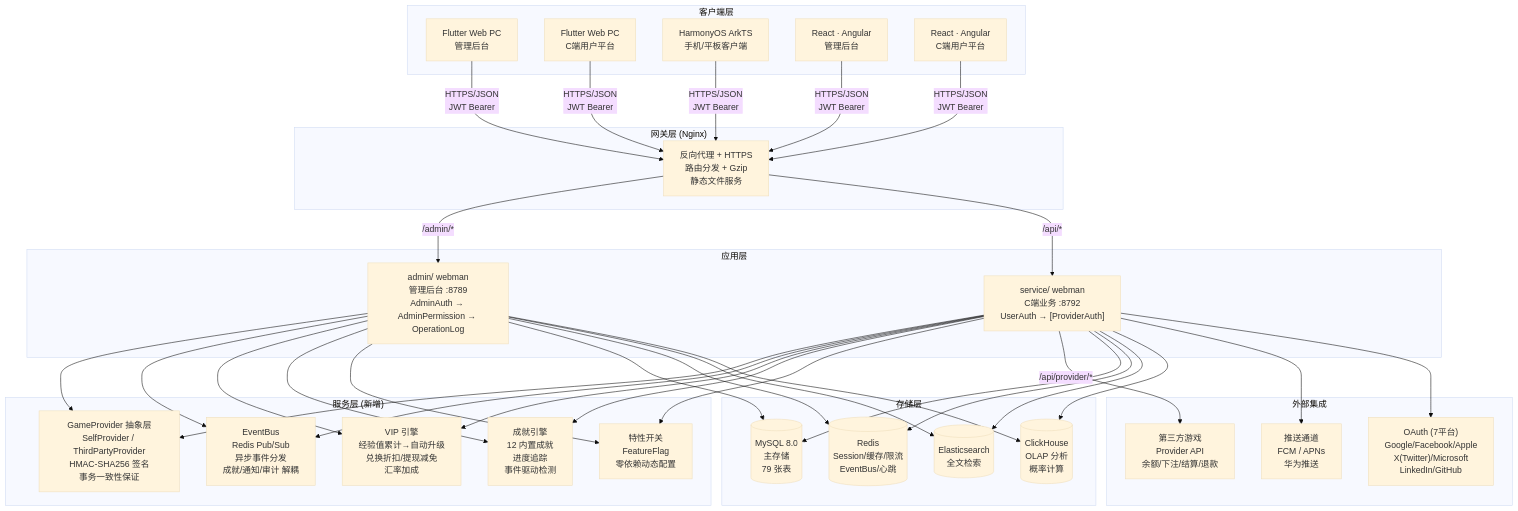
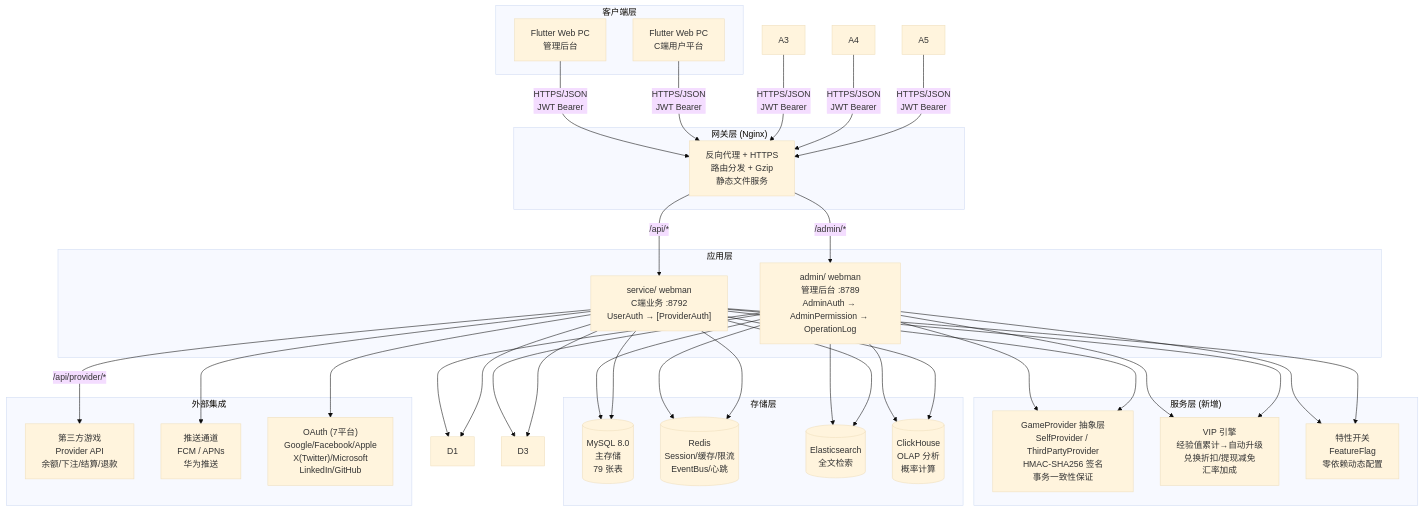
The first of 2 diagrams in docs/ARCHITECTURE.md (erikwang2013/game-platform-php), drawn with Mermaid (base theme) before and after one commit. The commit also changed other lines of this file and 591 other files, not shown here.

Commit message:
文档：仅保留中英文 README，清理已移除功能与过时图片

````diff
--- a/docs/ARCHITECTURE.md
+++ b/docs/ARCHITECTURE.md
@@ -11,48 +11,43 @@
 ```mermaid
 flowchart TB
     subgraph "客户端层"
         A1["Flutter Web PC<br/>管理后台"]
         A2["Flutter Web PC<br/>C端用户平台"]
-        A3["HarmonyOS ArkTS<br/>手机/平板客户端"]
-        A4["React · Angular<br/>管理后台"]
-        A5["React · Angular<br/>C端用户平台"]
     end
 
     subgraph "网关层 (Nginx)"
         B1["反向代理 + HTTPS<br/>路由分发 + Gzip<br/>静态文件服务"]
     end
 
     subgraph "应用层"
         C1["admin/ webman<br/>管理后台 :8789<br/>AdminAuth → AdminPermission → OperationLog"]
         C2["service/ webman<br/>C端业务 :8792<br/>UserAuth → [ProviderAuth]"]
     end
 
     subgraph "服务层 (新增)"
         D0["GameProvider 抽象层<br/>SelfProvider / ThirdPartyProvider<br/>HMAC-SHA256 签名<br/>事务一致性保证"]
-        D1["EventBus<br/>Redis Pub/Sub<br/>异步事件分发<br/>成就/通知/审计 解耦"]
         D2["VIP 引擎<br/>经验值累计→自动升级<br/>兑换折扣/提现减免<br/>汇率加成"]
-        D3["成就引擎<br/>12 内置成就<br/>进度追踪<br/>事件驱动检测"]
         D4["特性开关<br/>FeatureFlag<br/>零依赖动态配置"]
     end
 
     subgraph "存储层"
         E1[("MySQL 8.0<br/>主存储<br/>79 张表")]
         E2[("Redis<br/>Session/缓存/限流<br/>EventBus/心跳")]
         E3[("Elasticsearch<br/>全文检索")]
         E4[("ClickHouse<br/>OLAP 分析<br/>概率计算")]
     end
 
     subgraph "外部集成"
         F1["第三方游戏<br/>Provider API<br/>余额/下注/结算/退款"]
         F2["推送通道<br/>FCM / APNs<br/>华为推送"]
         F3["OAuth (7平台)<br/>Google/Facebook/Apple<br/>X(Twitter)/Microsoft<br/>LinkedIn/GitHub"]
     end
 
     A1 & A2 & A3 & A4 & A5 -->|"HTTPS/JSON<br/>JWT Bearer"| B1
     B1 -->|"/admin/*"| C1
     B1 -->|"/api/*"| C2
     C1 & C2 --> D0 & D1 & D2 & D3 & D4
     C2 -->|"/api/provider/*"| F1
     C1 & C2 --> E1 & E2 & E3 & E4
     C2 --> F2 & F3
 ```
````
